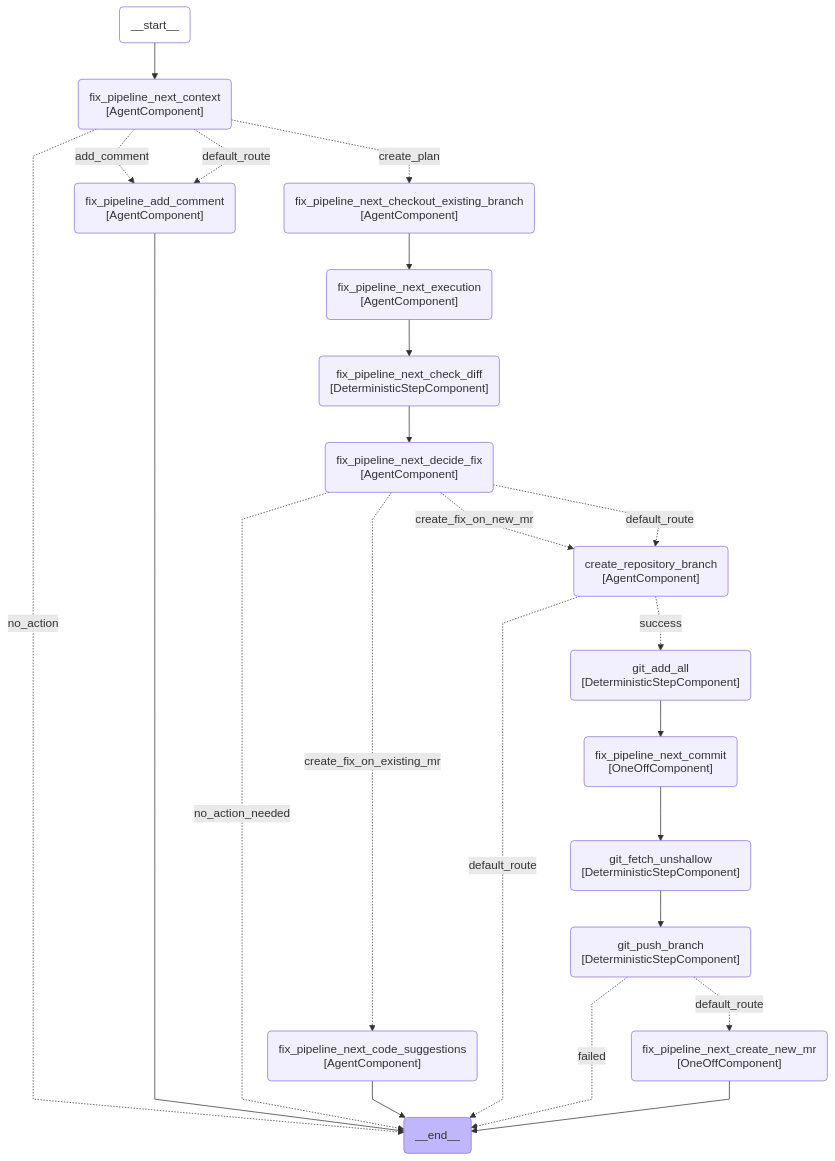
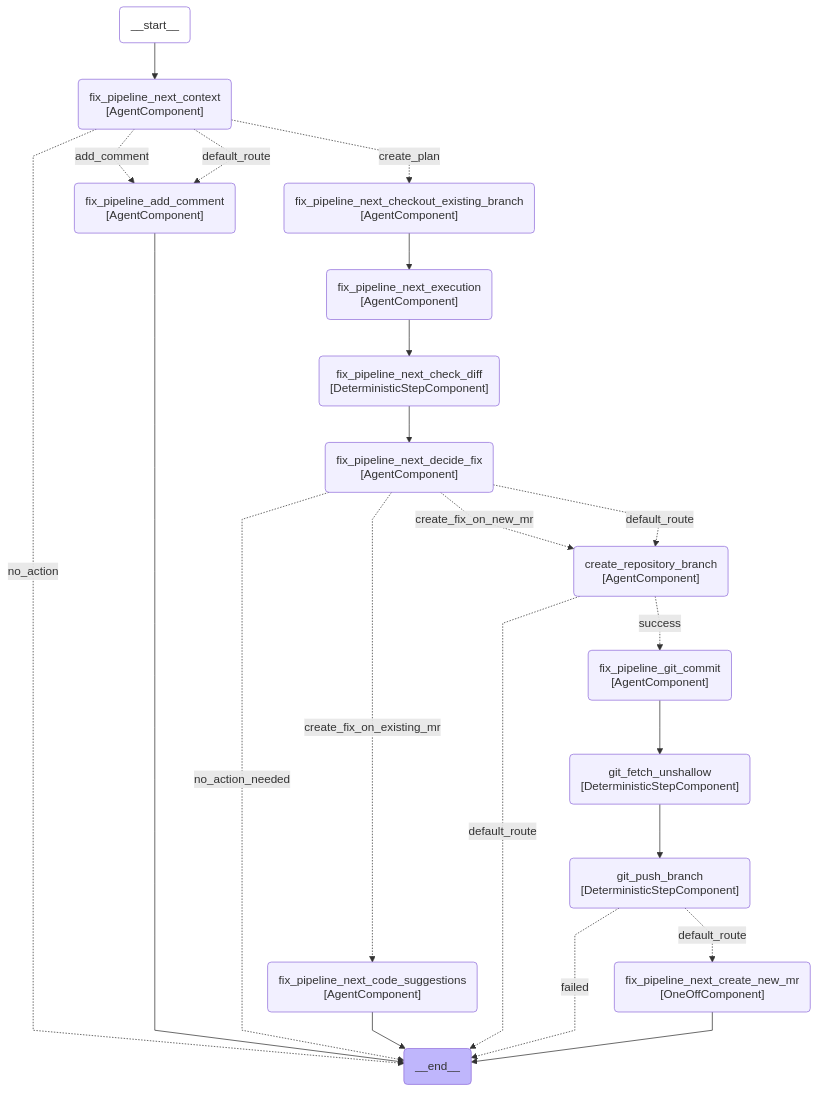
Diagram 16 of 23 in docs/duo_workflow_service_graphs.md (movax01h/ai-gateway), drawn with Mermaid before and after one commit. The commit also changed 5 other files, not shown here.

Commit message:
revert(fix-pipeline-next): restore smart AgentComponent git commit

````diff
--- a/docs/duo_workflow_service_graphs.md
+++ b/docs/duo_workflow_service_graphs.md
@@ -462,48 +462,46 @@
 ```mermaid
 ---
 config:
     flowchart:
         curve: linear
 ---
 graph TD;
     __start__(__start__):::first;
     __end__(__end__):::last;
     __start__ --> fix_pipeline_next_context;
     fix_pipeline_next_context(fix_pipeline_next_context<br>#91;AgentComponent#93;);
     fix_pipeline_next_decide_fix(fix_pipeline_next_decide_fix<br>#91;AgentComponent#93;);
     fix_pipeline_next_code_suggestions(fix_pipeline_next_code_suggestions<br>#91;AgentComponent#93;);
     fix_pipeline_add_comment(fix_pipeline_add_comment<br>#91;AgentComponent#93;);
     create_repository_branch(create_repository_branch<br>#91;AgentComponent#93;);
     fix_pipeline_next_checkout_existing_branch(fix_pipeline_next_checkout_existing_branch<br>#91;AgentComponent#93;);
     fix_pipeline_next_check_diff(fix_pipeline_next_check_diff<br>#91;DeterministicStepComponent#93;);
     fix_pipeline_next_execution(fix_pipeline_next_execution<br>#91;AgentComponent#93;);
-    git_add_all(git_add_all<br>#91;DeterministicStepComponent#93;);
-    fix_pipeline_next_commit(fix_pipeline_next_commit<br>#91;OneOffComponent#93;);
+    fix_pipeline_git_commit(fix_pipeline_git_commit<br>#91;AgentComponent#93;);
     git_fetch_unshallow(git_fetch_unshallow<br>#91;DeterministicStepComponent#93;);
     git_push_branch(git_push_branch<br>#91;DeterministicStepComponent#93;);
     fix_pipeline_next_create_new_mr(fix_pipeline_next_create_new_mr<br>#91;OneOffComponent#93;);
     fix_pipeline_next_context -.->|add_comment| fix_pipeline_add_comment;
     fix_pipeline_next_context -.->|create_plan| fix_pipeline_next_checkout_existing_branch;
     fix_pipeline_next_context -.->|no_action| __end__;
     fix_pipeline_next_context -.->|default_route| fix_pipeline_add_comment;
     fix_pipeline_next_checkout_existing_branch --> fix_pipeline_next_execution;
     fix_pipeline_add_comment --> __end__;
     fix_pipeline_next_execution --> fix_pipeline_next_check_diff;
     fix_pipeline_next_check_diff --> fix_pipeline_next_decide_fix;
     fix_pipeline_next_decide_fix -.->|create_fix_on_existing_mr| fix_pipeline_next_code_suggestions;
     fix_pipeline_next_decide_fix -.->|create_fix_on_new_mr| create_repository_branch;
     fix_pipeline_next_decide_fix -.->|no_action_needed| __end__;
     fix_pipeline_next_decide_fix -.->|default_route| create_repository_branch;
     fix_pipeline_next_code_suggestions --> __end__;
-    create_repository_branch -.->|success| git_add_all;
+    create_repository_branch -.->|success| fix_pipeline_git_commit;
     create_repository_branch -.->|default_route| __end__;
-    git_add_all --> fix_pipeline_next_commit;
-    fix_pipeline_next_commit --> git_fetch_unshallow;
+    fix_pipeline_git_commit --> git_fetch_unshallow;
     git_fetch_unshallow --> git_push_branch;
     git_push_branch -.->|failed| __end__;
     git_push_branch -.->|default_route| fix_pipeline_next_create_new_mr;
     fix_pipeline_next_create_new_mr --> __end__;
     classDef default fill:#f2f0ff,line-height:1.2;
     classDef first fill-opacity:0;
     classDef last fill:#bfb6fc;
 ```
````
